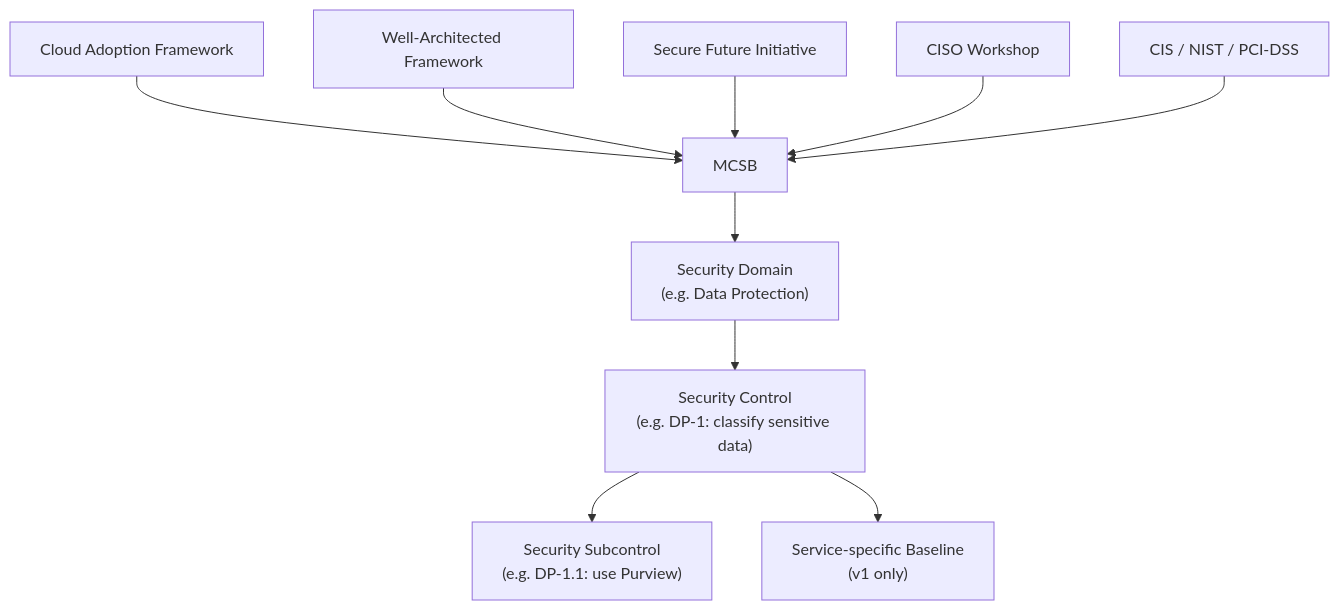
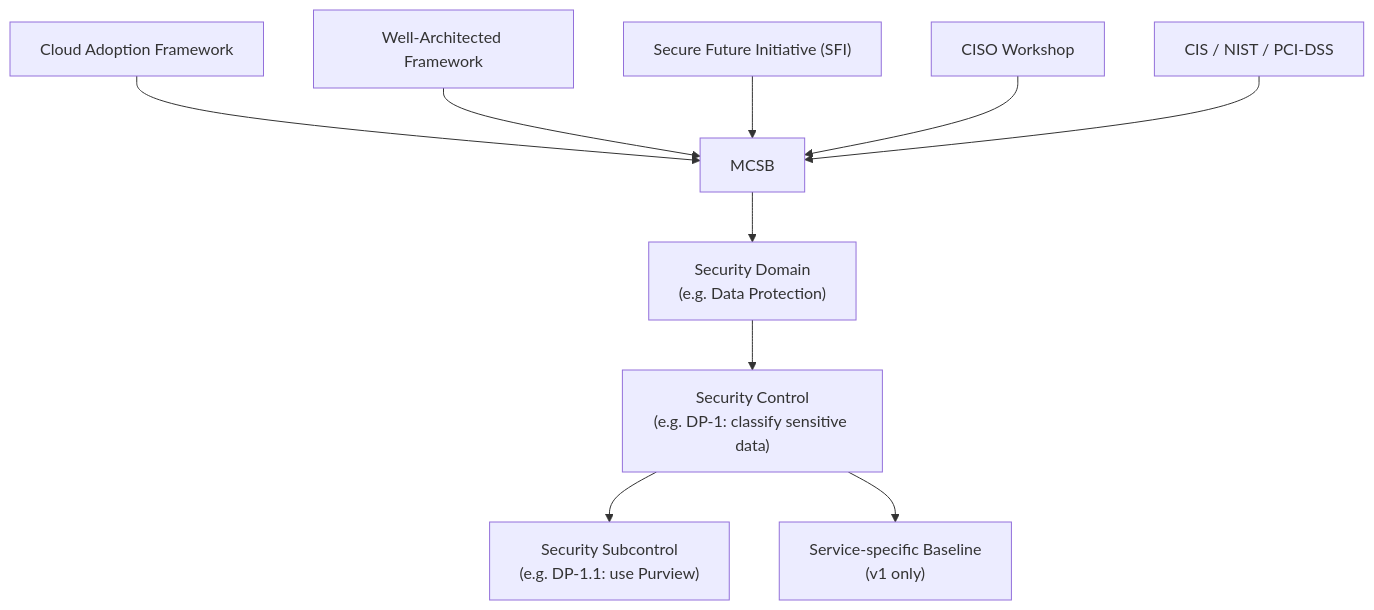
The first of 2 diagrams in 01 Security Strategy/Microsoft Cloud Security Benchmark (MCSB).md (DhruvKai/SC-100), drawn with Mermaid before and after one commit. The commit also changed other lines of this file and 21 other files, not shown here.

````diff
--- a/01 Security Strategy/Microsoft Cloud Security Benchmark (MCSB).md
+++ b/01 Security Strategy/Microsoft Cloud Security Benchmark (MCSB).md
@@ -49,13 +49,13 @@
 ```mermaid
 flowchart TD
     CAF3["Cloud Adoption Framework"] --> MCSB
     WAF3["Well-Architected Framework"] --> MCSB
-    SFI["Secure Future Initiative"] --> MCSB
+    SFI["Secure Future Initiative (SFI)"] --> MCSB
     CISO["CISO Workshop"] --> MCSB
     Industry["CIS / NIST / PCI-DSS"] --> MCSB
 
     MCSB --> Domain["Security Domain<br/>(e.g. Data Protection)"]
     Domain --> Control["Security Control<br/>(e.g. DP-1: classify sensitive data)"]
     Control --> Subcontrol["Security Subcontrol<br/>(e.g. DP-1.1: use Purview)"]
     Control --> Baseline["Service-specific Baseline<br/>(v1 only)"]
 ```
````
